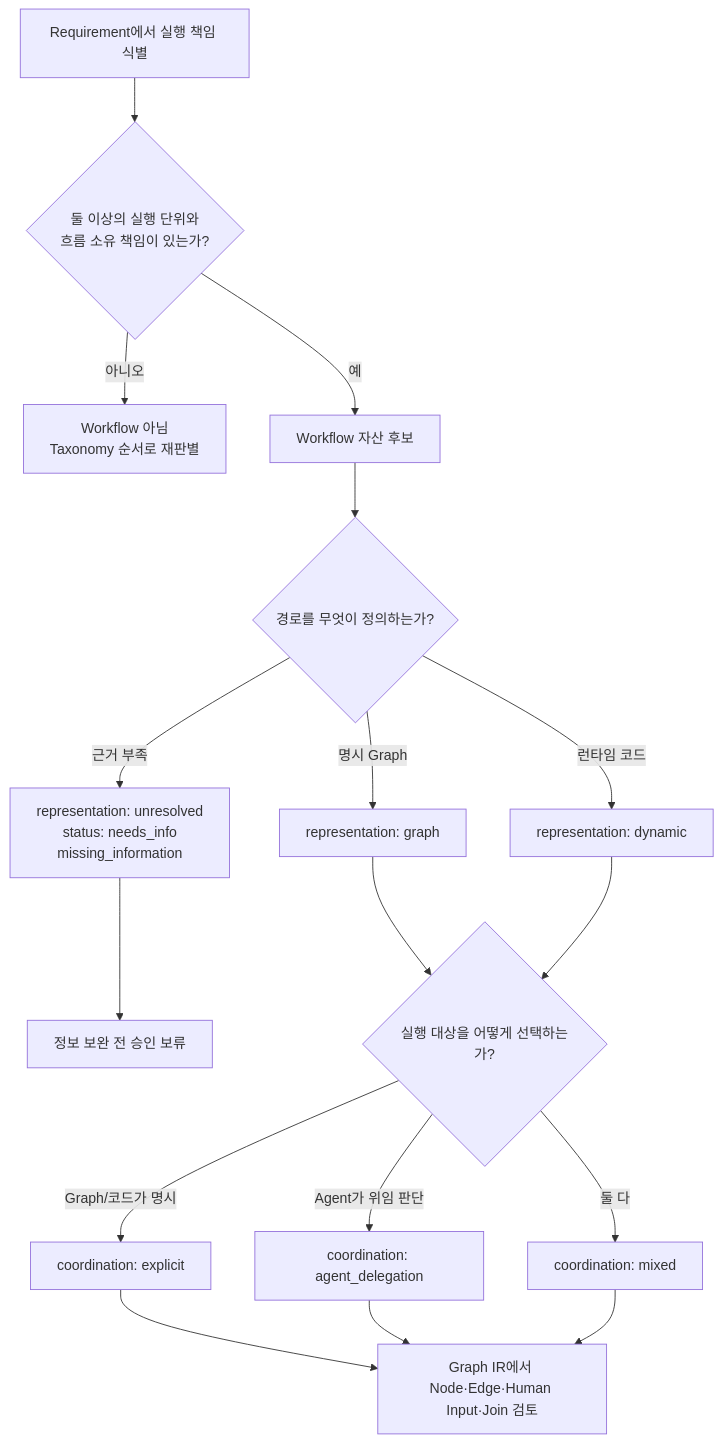
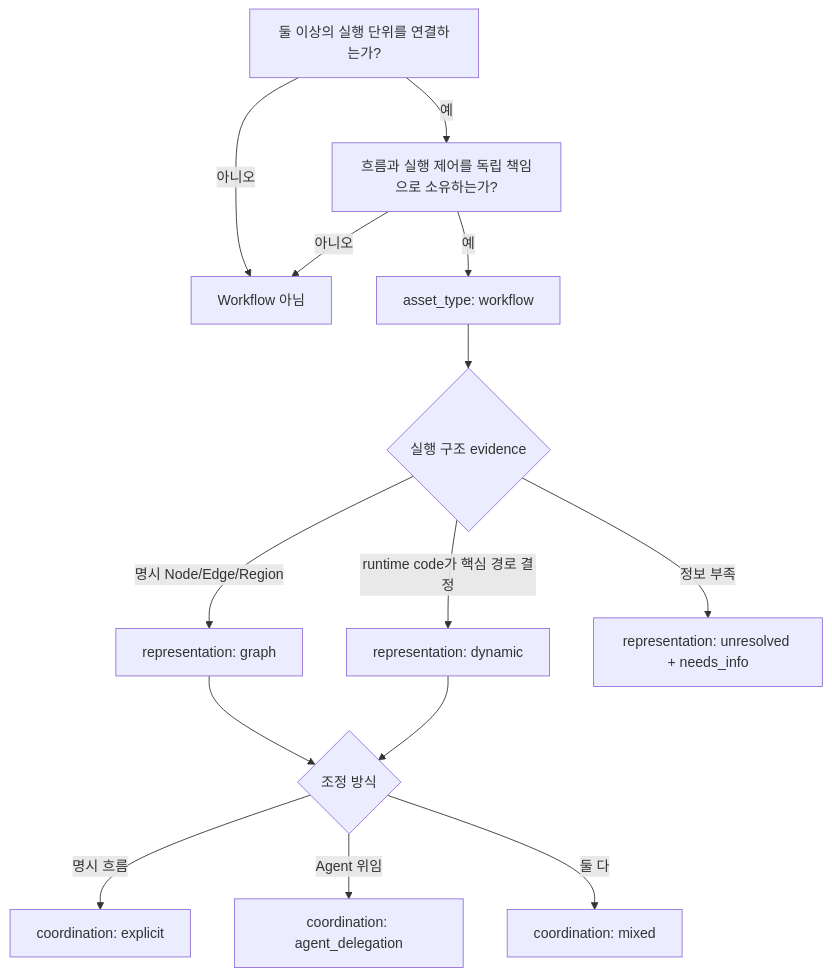
Before and after one commit to gttmr/Agent-Factory: the diagram in docs/workbench/workflow-decision-guide.md, drawn with Mermaid. The commit also changed other lines of this file and 611 other files, not shown here.

````diff
--- a/docs/workbench/workflow-decision-guide.md
+++ b/docs/workbench/workflow-decision-guide.md
@@ -114,19 +104,16 @@
 ```mermaid
 flowchart TD
-    A["Requirement에서 실행 책임 식별"] --> B{"둘 이상의 실행 단위와<br/>흐름 소유 책임이 있는가?"}
-    B -- "아니오" --> N["Workflow 아님<br/>Taxonomy 순서로 재판별"]
-    B -- "예" --> W["Workflow 자산 후보"]
-    W --> R{"경로를 무엇이 정의하는가?"}
-    R -- "명시 Graph" --> G["representation: graph"]
-    R -- "런타임 코드" --> D["representation: dynamic"]
-    R -- "근거 부족" --> U["representation: unresolved<br/>status: needs_info<br/>missing_information"]
-    U --> P["정보 보완 전 승인 보류"]
-    G --> C{"실행 대상을 어떻게 선택하는가?"}
+    A[둘 이상의 실행 단위를 연결하는가?] -->|아니오| N[Workflow 아님]
+    A -->|예| B[흐름과 실행 제어를 독립 책임으로 소유하는가?]
+    B -->|아니오| N
+    B -->|예| W[asset_type: workflow]
+    W --> R{실행 구조 evidence}
+    R -->|명시 Node/Edge/Region| G[representation: graph]
+    R -->|runtime code가 핵심 경로 결정| D[representation: dynamic]
+    R -->|정보 부족| U[representation: unresolved + needs_info]
+    G --> C{조정 방식}
     D --> C
-    C -- "Graph/코드가 명시" --> E["coordination: explicit"]
-    C -- "Agent가 위임 판단" --> A2["coordination: agent_delegation"]
-    C -- "둘 다" --> M["coordination: mixed"]
-    E --> IR["Graph IR에서 Node·Edge·Human Input·Join 검토"]
-    A2 --> IR
-    M --> IR
+    C -->|명시 흐름| E[coordination: explicit]
+    C -->|Agent 위임| A2[coordination: agent_delegation]
+    C -->|둘 다| M[coordination: mixed]
 ```
````
